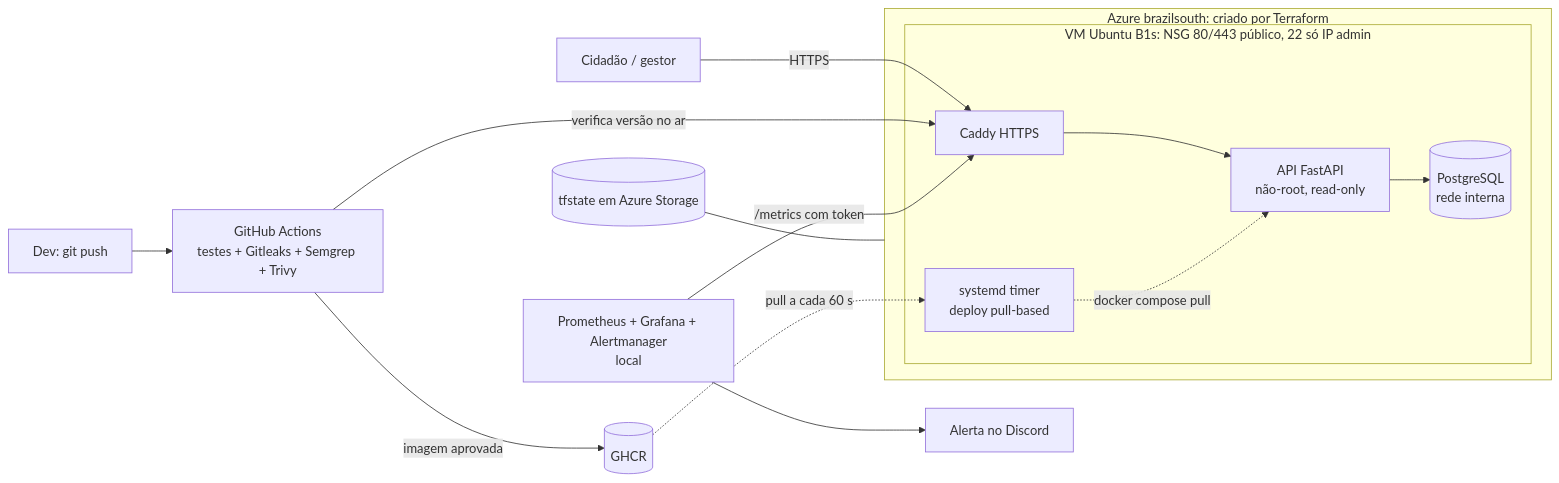
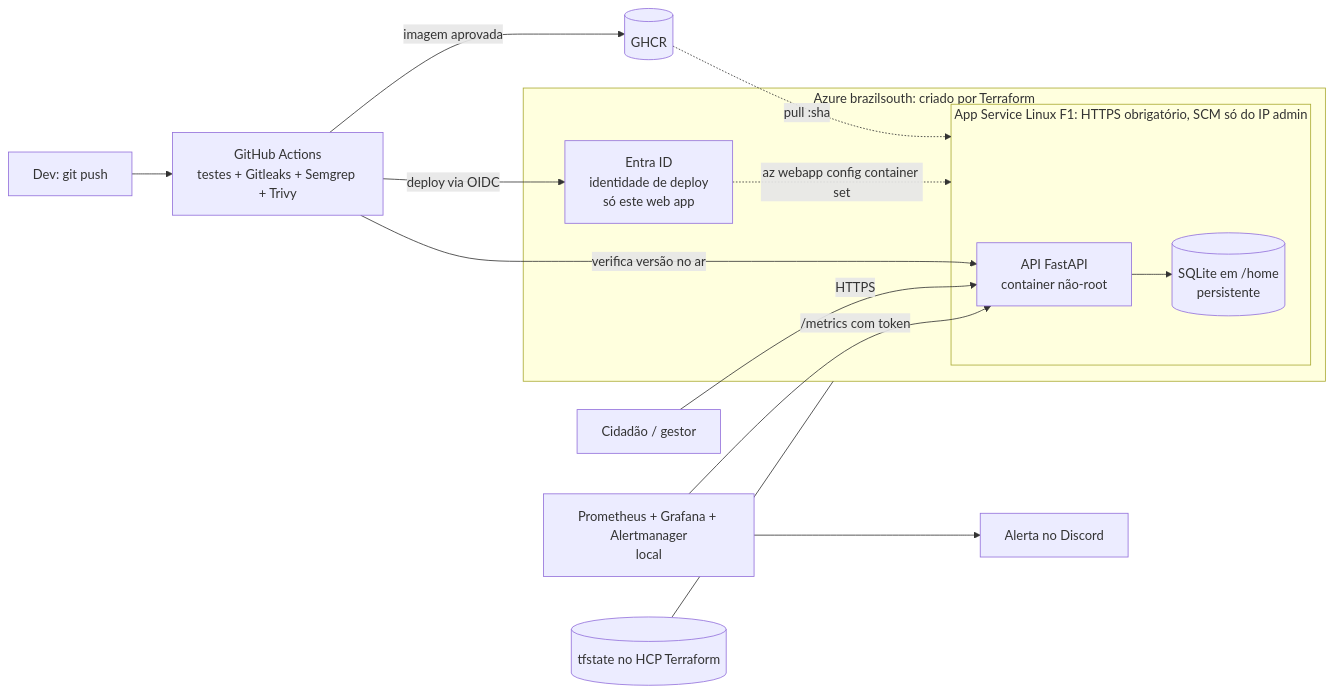
The diagram in README.md (santos-nikolas/caminho-livre), drawn with Mermaid before and after one commit. The commit also changed other lines of this file and 19 other files, not shown here.

First line of the commit message:
Azure App Service (F1) no lugar da VM: assinatura Estudantes Starter so permite Microsoft.Web

````diff
--- a/README.md
+++ b/README.md
@@ -34,17 +34,18 @@
 ```mermaid
 flowchart LR
   dev[Dev: git push] --> gh[GitHub Actions<br/>testes + Gitleaks + Semgrep + Trivy]
   gh -- imagem aprovada --> ghcr[(GHCR)]
+  gh -- deploy via OIDC --> entra[Entra ID<br/>identidade de deploy<br/>só este web app]
   subgraph Azure [Azure brazilsouth: criado por Terraform]
-    subgraph VM [VM Ubuntu B1s: NSG 80/443 público, 22 só IP admin]
-      caddy[Caddy HTTPS] --> api[API FastAPI<br/>não-root, read-only] --> db[(PostgreSQL<br/>rede interna)]
-      upd[systemd timer<br/>deploy pull-based] -. docker compose pull .-> api
+    subgraph AS [App Service Linux F1: HTTPS obrigatório, SCM só do IP admin]
+      api[API FastAPI<br/>container não-root] --> db[(SQLite em /home<br/>persistente)]
     end
+    entra -. az webapp config container set .-> AS
   end
-  ghcr -. pull a cada 60 s .-> upd
-  cidadao[Cidadão / gestor] -- HTTPS --> caddy
-  gh -- verifica versão no ar --> caddy
-  prom[Prometheus + Grafana + Alertmanager<br/>local] -- /metrics com token --> caddy
+  ghcr -. pull :sha .-> AS
+  cidadao[Cidadão / gestor] -- HTTPS --> api
+  gh -- verifica versão no ar --> api
+  prom[Prometheus + Grafana + Alertmanager<br/>local] -- /metrics com token --> api
   prom --> discord[Alerta no Discord]
-  tf[(tfstate em Azure Storage)] --- Azure
+  tf[(tfstate no HCP Terraform)] --- Azure
 ```
````
